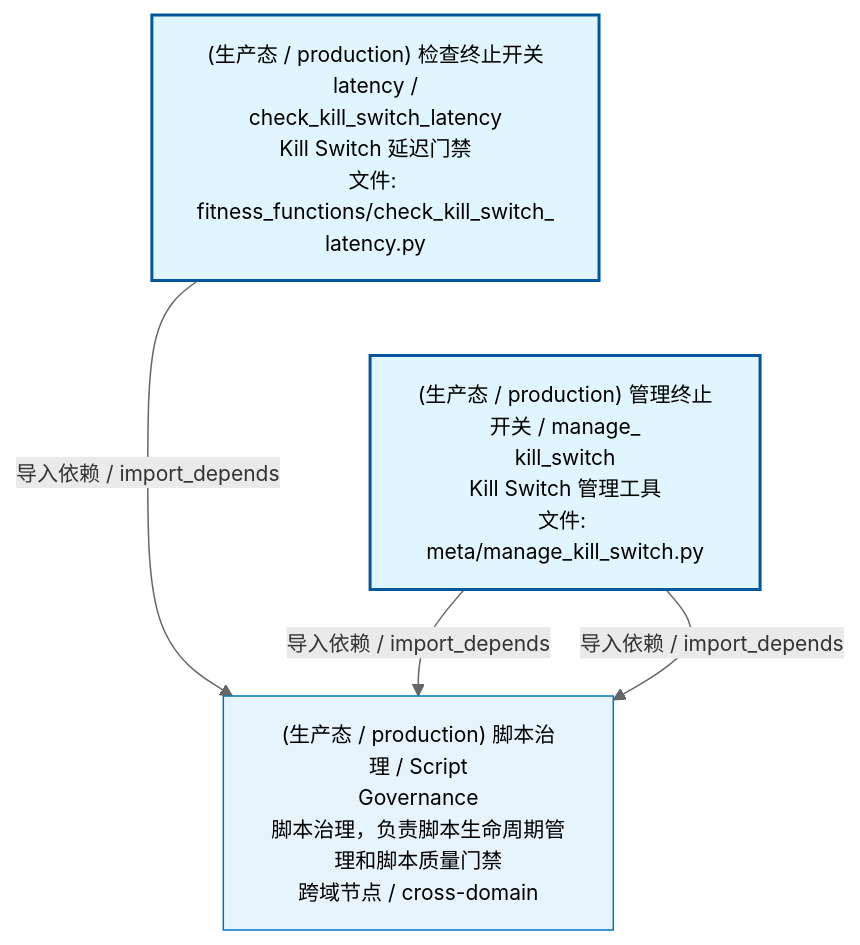
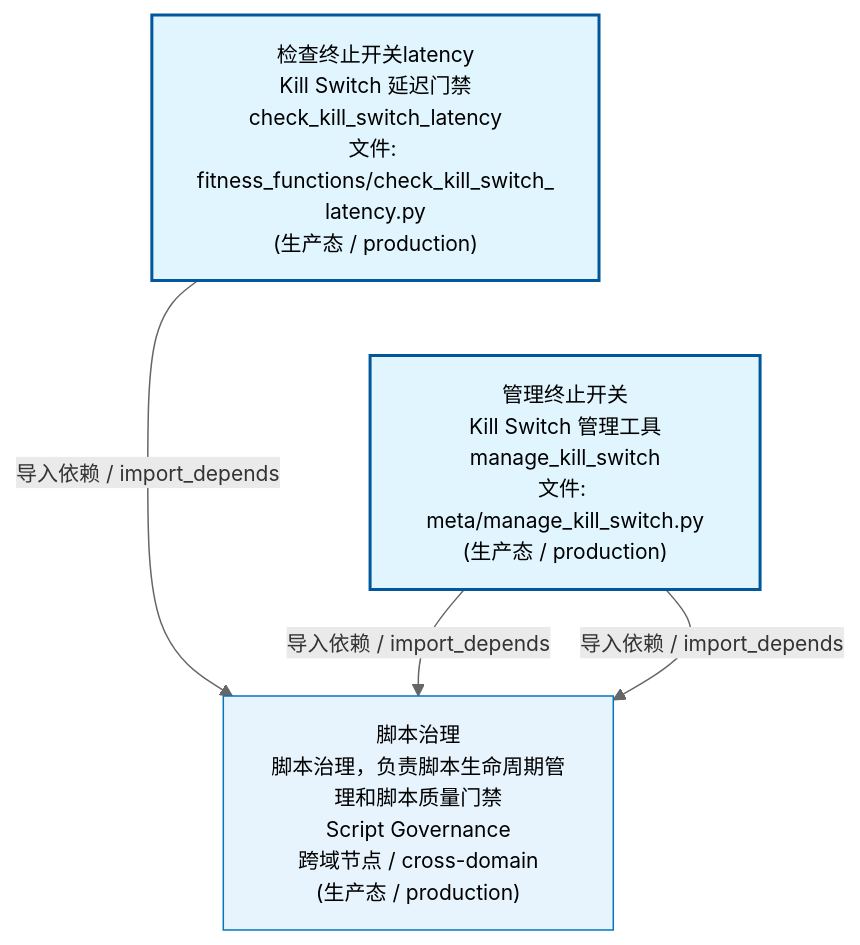
One commit to xuanFelixVan/ZephyrAlpha changed the first of 3 diagrams in docs/02_enterprise_architecture/02_domain_architecture_docs/34_d_autonomy_perm.md. Above: the diagram before and after it, drawn with Mermaid. The commit also changed other lines of this file and 62 other files, not shown here.

````diff
--- a/docs/02_enterprise_architecture/02_domain_architecture_docs/34_d_autonomy_perm.md
+++ b/docs/02_enterprise_architecture/02_domain_architecture_docs/34_d_autonomy_perm.md
@@ -53,17 +53,17 @@
 ```mermaid
 %%{init: {'theme': 'base', 'themeVariables': {'primaryColor': '#eaeaea', 'primaryTextColor': '#333333', 'primaryBorderColor': '#666666', 'lineColor': '#666666', 'secondaryColor': '#eaeaea', 'tertiaryColor': '#eaeaea', 'fontSize': '14px'}}}%%
 flowchart TD
-    scripts_arch_guard_fitness_functions_check_kill_switch_latency_py["(生产态 / production) 检查终止开关latency /<br/>check_kill_switch_latency<br/>Kill Switch 延迟门禁<br/>文件: fitness_functions/check_kill_switch_<br/>latency.py"]
-    scripts_governance_meta_manage_kill_switch_py["(生产态 / production) 管理终止开关 / manage_<br/>kill_switch<br/>Kill Switch 管理工具<br/>文件: meta/manage_kill_switch.py"]
+    scripts_arch_guard_fitness_functions_check_kill_switch_latency_py["检查终止开关latency<br/>Kill Switch 延迟门禁<br/>check_kill_switch_latency<br/>文件: fitness_functions/check_kill_switch_<br/>latency.py<br/>(生产态 / production)"]
+    scripts_governance_meta_manage_kill_switch_py["管理终止开关<br/>Kill Switch 管理工具<br/>manage_kill_switch<br/>文件: meta/manage_kill_switch.py<br/>(生产态 / production)"]
     scripts_arch_guard_fitness_functions_check_kill_switch_latency_py ~~~ scripts_governance_meta_manage_kill_switch_py
-    D_GOV_SCRIPTS["(生产态 / production) 脚本治理 / Script<br/>Governance<br/>脚本治理，负责脚本生命周期管理和脚本质量门禁<br/>跨域节点 / cross-domain"]
+    D_GOV_SCRIPTS["脚本治理<br/>脚本治理，负责脚本生命周期管理和脚本质量门禁<br/>Script Governance<br/>跨域节点 / cross-domain<br/>(生产态 / production)"]
     scripts_arch_guard_fitness_functions_check_kill_switch_latency_py -->|导入依赖 / import_depends| D_GOV_SCRIPTS
     scripts_governance_meta_manage_kill_switch_py -->|导入依赖 / import_depends| D_GOV_SCRIPTS
     scripts_governance_meta_manage_kill_switch_py -->|导入依赖 / import_depends| D_GOV_SCRIPTS
     classDef production fill:#e1f5fe,stroke:#01579b,stroke-width:2px,color:#000
     classDef design fill:#fff3e0,stroke:#e65100,stroke-width:2px,color:#000,stroke-dasharray: 5 5
     classDef external_prod fill:#e8f4fd,stroke:#0277bd,stroke-width:1px,color:#000
     classDef external_design fill:#fff8e7,stroke:#ef6c00,stroke-width:1px,color:#000,stroke-dasharray: 5 5
     class scripts_arch_guard_fitness_functions_check_kill_switch_latency_py,scripts_governance_meta_manage_kill_switch_py production
     class D_GOV_SCRIPTS external_prod
 ```
````
